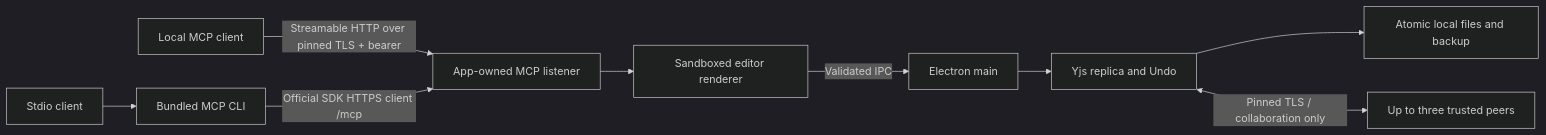
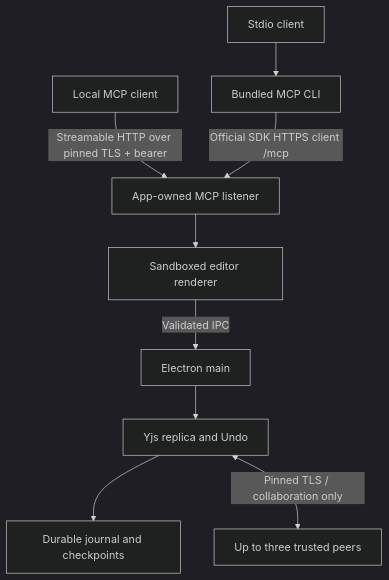
One commit to Dindb-dong/oh-my-canvas changed the diagram in docs/ARCHITECTURE.md. Above: the diagram before and after it, drawn with Mermaid (dark theme). The commit also changed other lines of this file and 88 other files, not shown here.

````diff
--- a/docs/ARCHITECTURE.md
+++ b/docs/ARCHITECTURE.md
@@ -7,11 +7,11 @@
 ```mermaid
-flowchart LR
+flowchart TB
   Agent[Local MCP client] -->|Streamable HTTP over pinned TLS + bearer| Bridge[App-owned MCP listener]
   Legacy[Stdio client] --> CLI[Bundled MCP CLI]
   CLI -->|Official SDK HTTPS client /mcp| Bridge
   Bridge --> Renderer[Sandboxed editor renderer]
   Renderer -->|Validated IPC| Main[Electron main]
   Main --> Replica[Yjs replica and Undo]
-  Replica --> Store[Atomic local files and backup]
+  Replica --> Store[Durable journal and checkpoints]
   Replica <-->|Pinned TLS / collaboration only| Peer[Up to three trusted peers]
 ```
````
